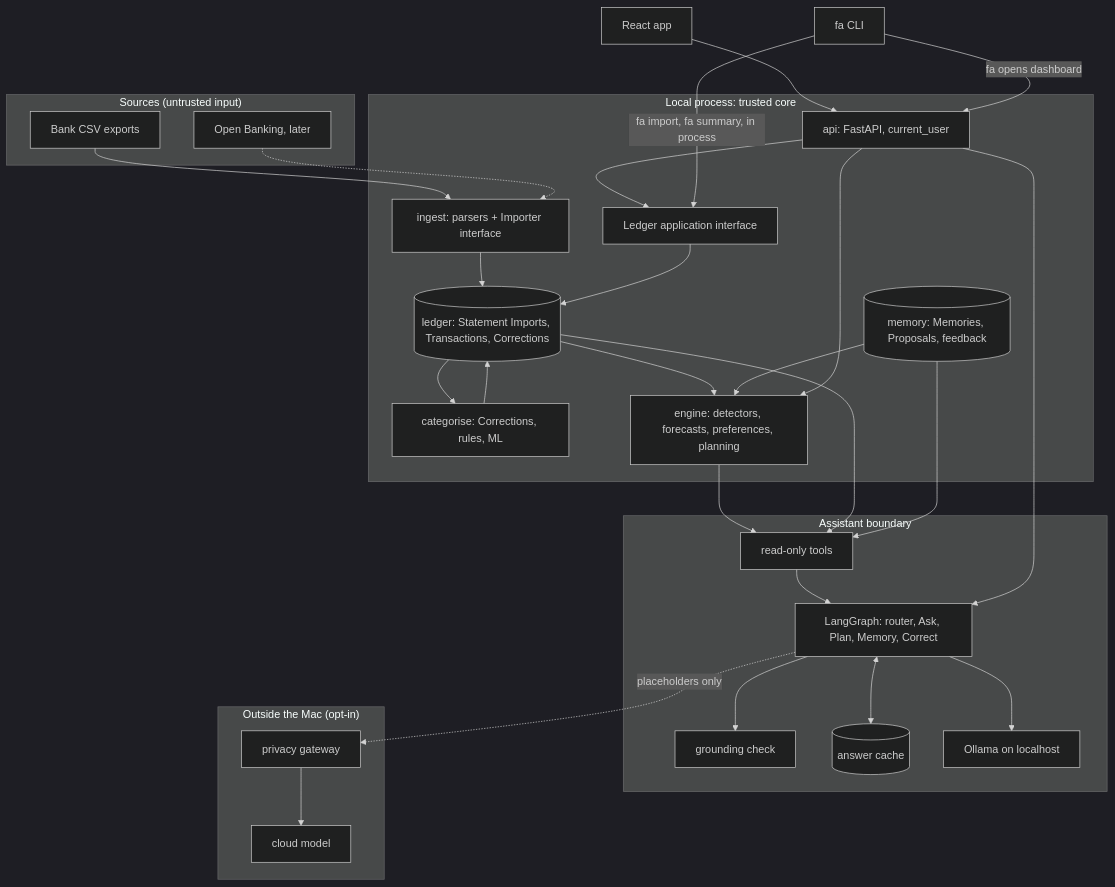
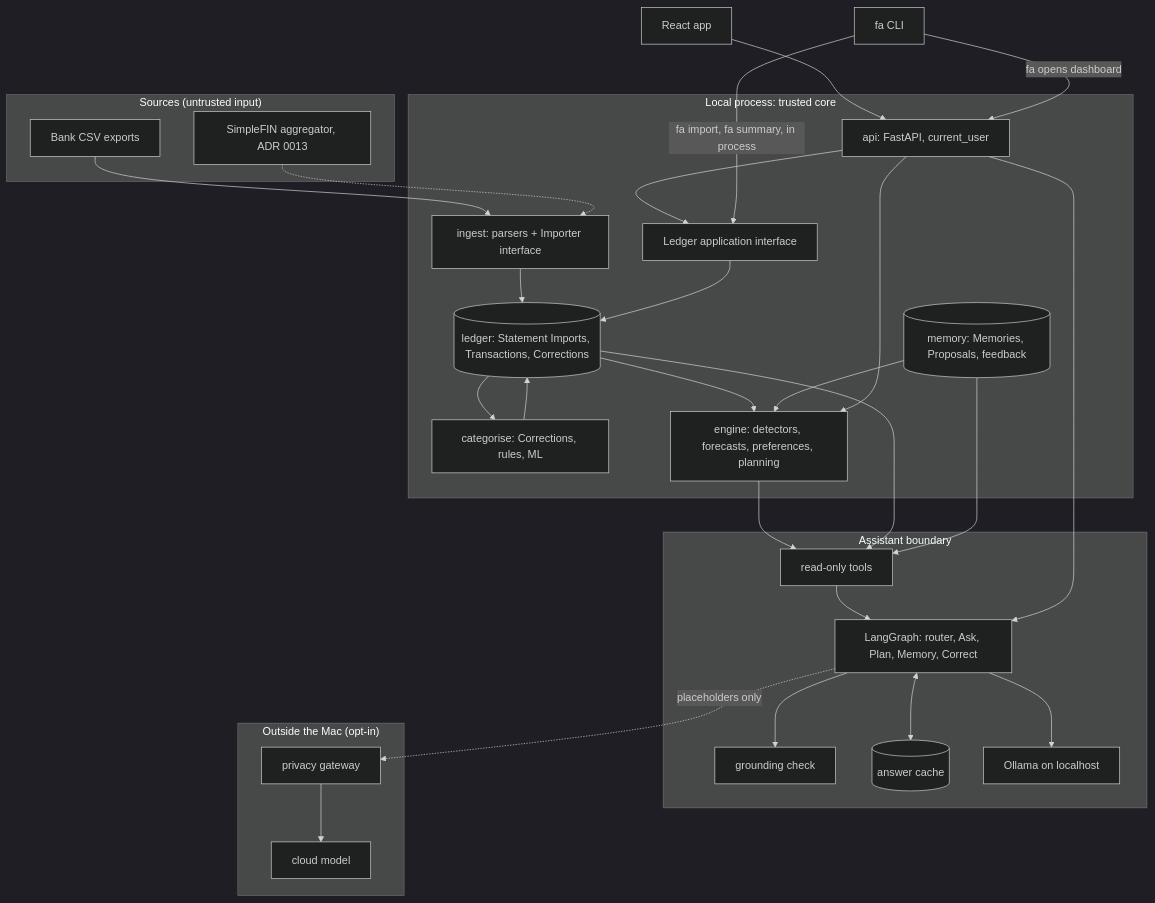
Before and after one commit to esharif20/finance-agent: the diagram in docs/ARCHITECTURE.md, drawn with Mermaid (dark theme). The commit also changed other lines of this file and 1 other file, not shown here.

Commit message:
Docs: ROADMAP and ARCHITECTURE follow the aggregator decision (ADR 0013)

````diff
--- a/docs/ARCHITECTURE.md
+++ b/docs/ARCHITECTURE.md
@@ -14,52 +14,52 @@
 ```mermaid
 flowchart TB
   subgraph Sources["Sources (untrusted input)"]
     CSV[Bank CSV exports]
-    OB[Open Banking, later]
+    OB[SimpleFIN aggregator, ADR 0013]
   end
 
   subgraph Core["Local process: trusted core"]
     ING[ingest: parsers + Importer interface]
     LED[(ledger: Statement Imports, Transactions, Corrections)]
     LI[Ledger application interface]
     CAT[categorise: Corrections, rules, ML]
     ENG[engine: detectors, forecasts, preferences, planning]
     MEM[(memory: Memories, Proposals, feedback)]
     API[api: FastAPI, current_user]
   end
 
   subgraph AI["Assistant boundary"]
     G[LangGraph: router, Ask, Plan, Memory, Correct]
     T[read-only tools]
     GC[grounding check]
     C[(answer cache)]
     OL[Ollama on localhost]
   end
 
   subgraph Cloud["Outside the Mac (opt-in)"]
     GW[privacy gateway]
     LLM[cloud model]
   end
 
   CSV --> ING
   OB -.-> ING
   ING --> LED
   LED --> CAT --> LED
   LED --> ENG
   MEM --> ENG
   ENG --> T
   LED --> T
   MEM --> T
   T --> G
   G --> OL
   G --> GC
   G <--> C
   G -.placeholders only.-> GW --> LLM
   LI --> LED
   API --> LI
   API --> ENG
   API --> G
   WEB[React app] --> API
   CLI[fa CLI] -->|fa import, fa summary, in process| LI
   CLI -->|fa opens dashboard| API
 ```
````
